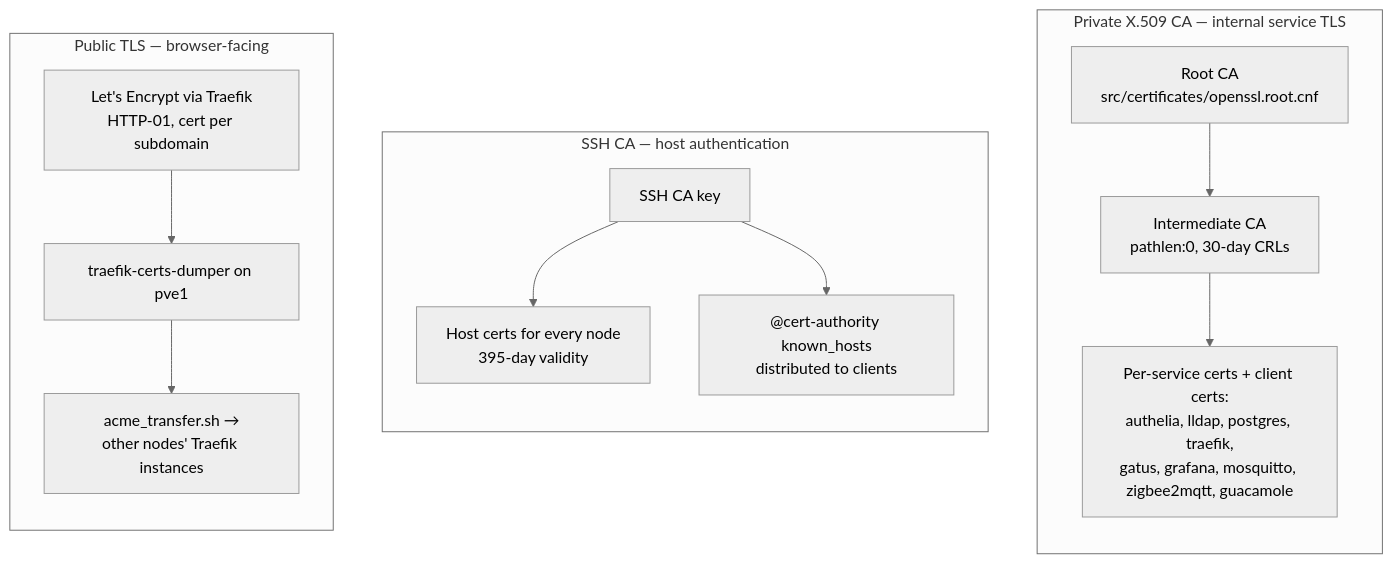
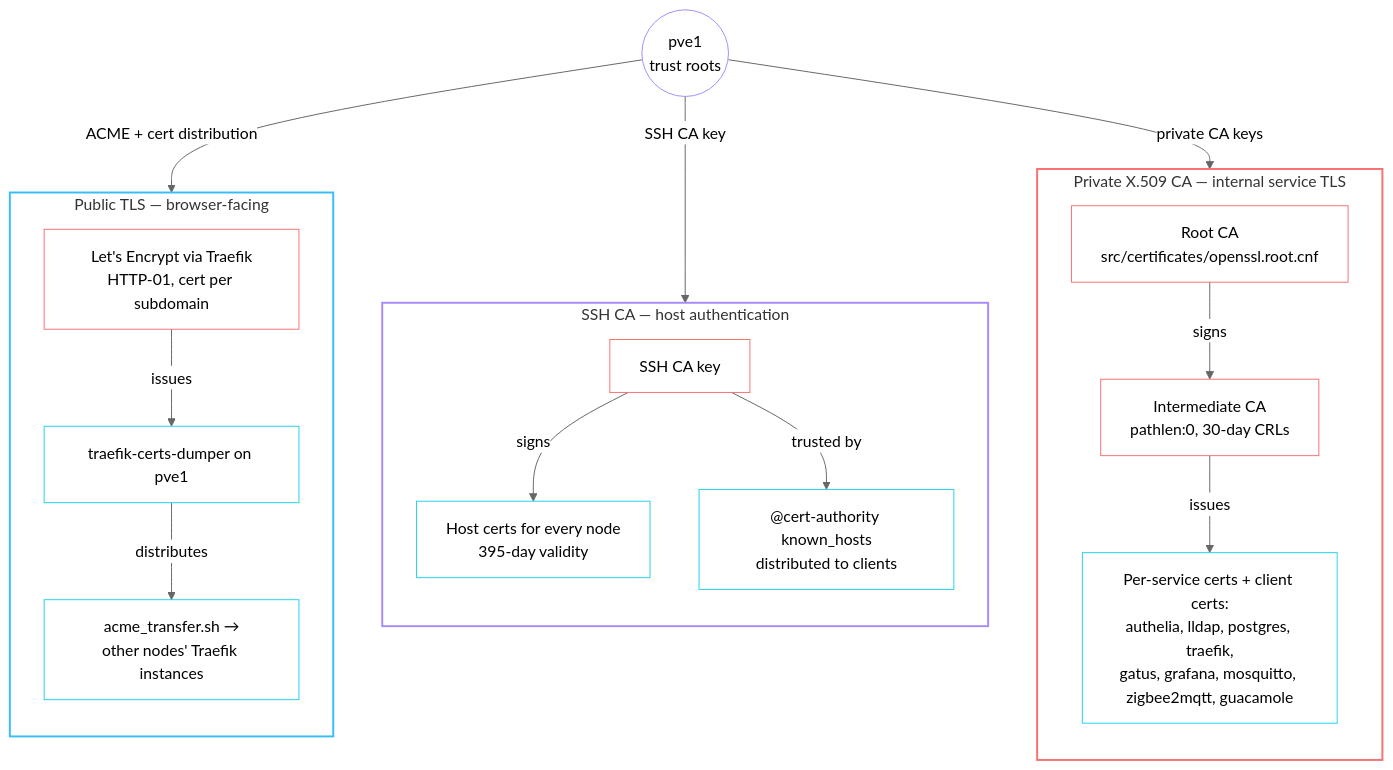
Before and after one commit to babraham123/homelab: the second of 2 diagrams in docs/security.md, drawn with Mermaid (neutral theme). The commit also changed other lines of this file and 4 other files, not shown here.

Commit message:
improve diagrams in docs/

````diff
--- a/docs/security.md
+++ b/docs/security.md
@@ -106,25 +108,43 @@
 ```mermaid
 flowchart TB
+    pve1(("pve1<br/>trust roots"))
+
     subgraph x509["Private X.509 CA — internal service TLS"]
         direction TB
         root["Root CA<br/>src/certificates/openssl.root.cnf"]
         inter["Intermediate CA<br/>pathlen:0, 30-day CRLs"]
         svc["Per-service certs + client certs:<br/>authelia, lldap, postgres, traefik,<br/>gatus, grafana, mosquitto, zigbee2mqtt, guacamole"]
-        root --> inter --> svc
+        root -- "signs" --> inter -- "issues" --> svc
     end
+
     subgraph ssh["SSH CA — host authentication"]
         direction TB
         sshca["SSH CA key"]
         hosts["Host certs for every node<br/>395-day validity"]
         known["@cert-authority known_hosts<br/>distributed to clients"]
-        sshca --> hosts
-        sshca --> known
+        sshca -- "signs" --> hosts
+        sshca -- "trusted by" --> known
     end
+
     subgraph public["Public TLS — browser-facing"]
         direction TB
         le["Let's Encrypt via Traefik<br/>HTTP-01, cert per subdomain"]
         dumper["traefik-certs-dumper on pve1"]
         xfer["acme_transfer.sh →<br/>other nodes' Traefik instances"]
-        le --> dumper --> xfer
+        le -- "issues" --> dumper -- "distributes" --> xfer
     end
+
+    pve1 -- "private CA keys" --> root
+    pve1 -- "SSH CA key" --> sshca
+    pve1 -- "ACME + cert distribution" --> le
+
+    style x509 stroke:#f87171,stroke-width:2px,fill:transparent
+    style ssh stroke:#a78bfa,stroke-width:2px,fill:transparent
+    style public stroke:#38bdf8,stroke-width:2px,fill:transparent
+    classDef ca stroke:#f87171,fill:transparent
+    classDef dist stroke:#22d3ee,fill:transparent
+    class root,inter,sshca,le ca
+    class svc,hosts,known,dumper,xfer dist
+    class pve1 host
+    classDef host stroke:#a78bfa,fill:transparent
 ```
````
